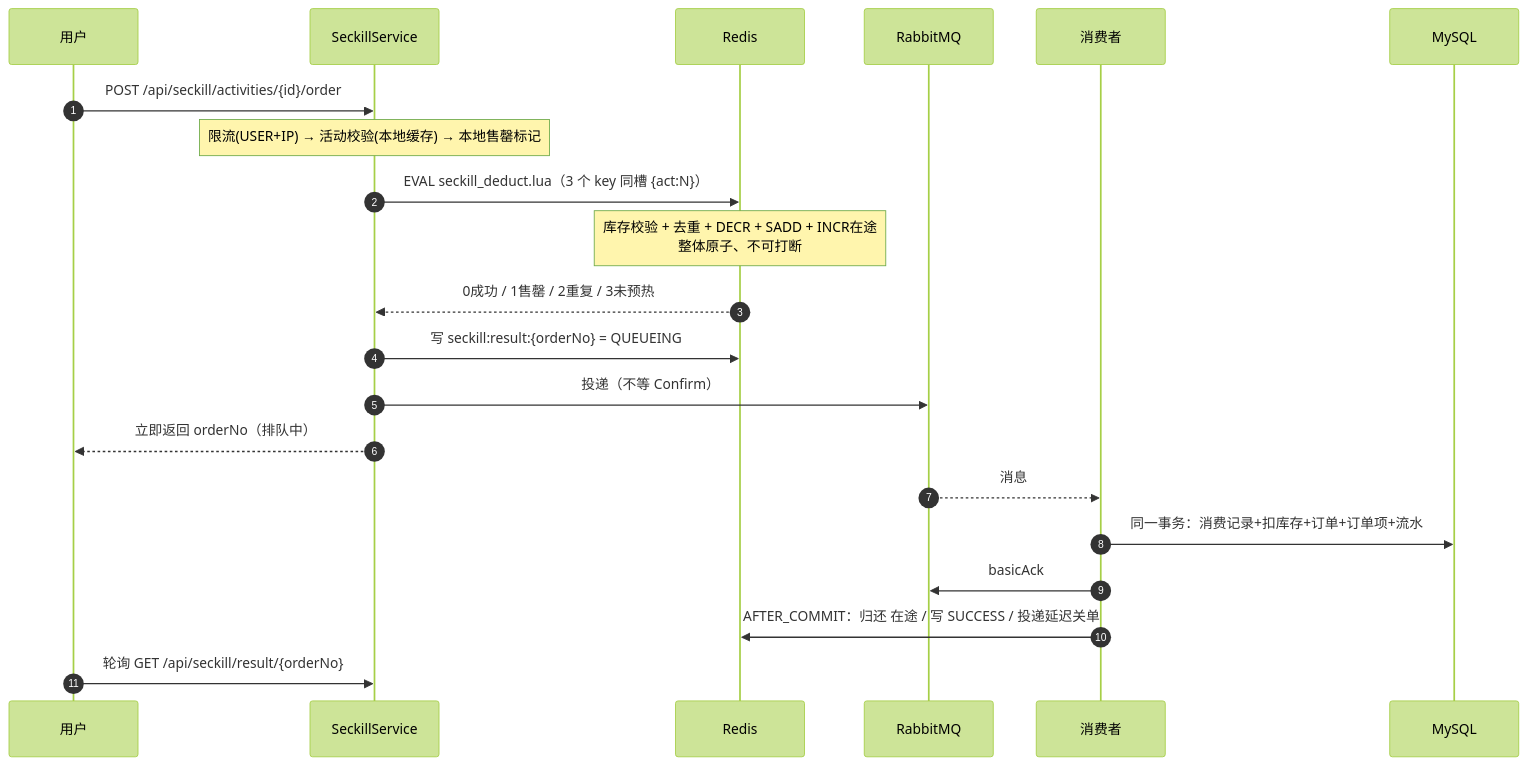
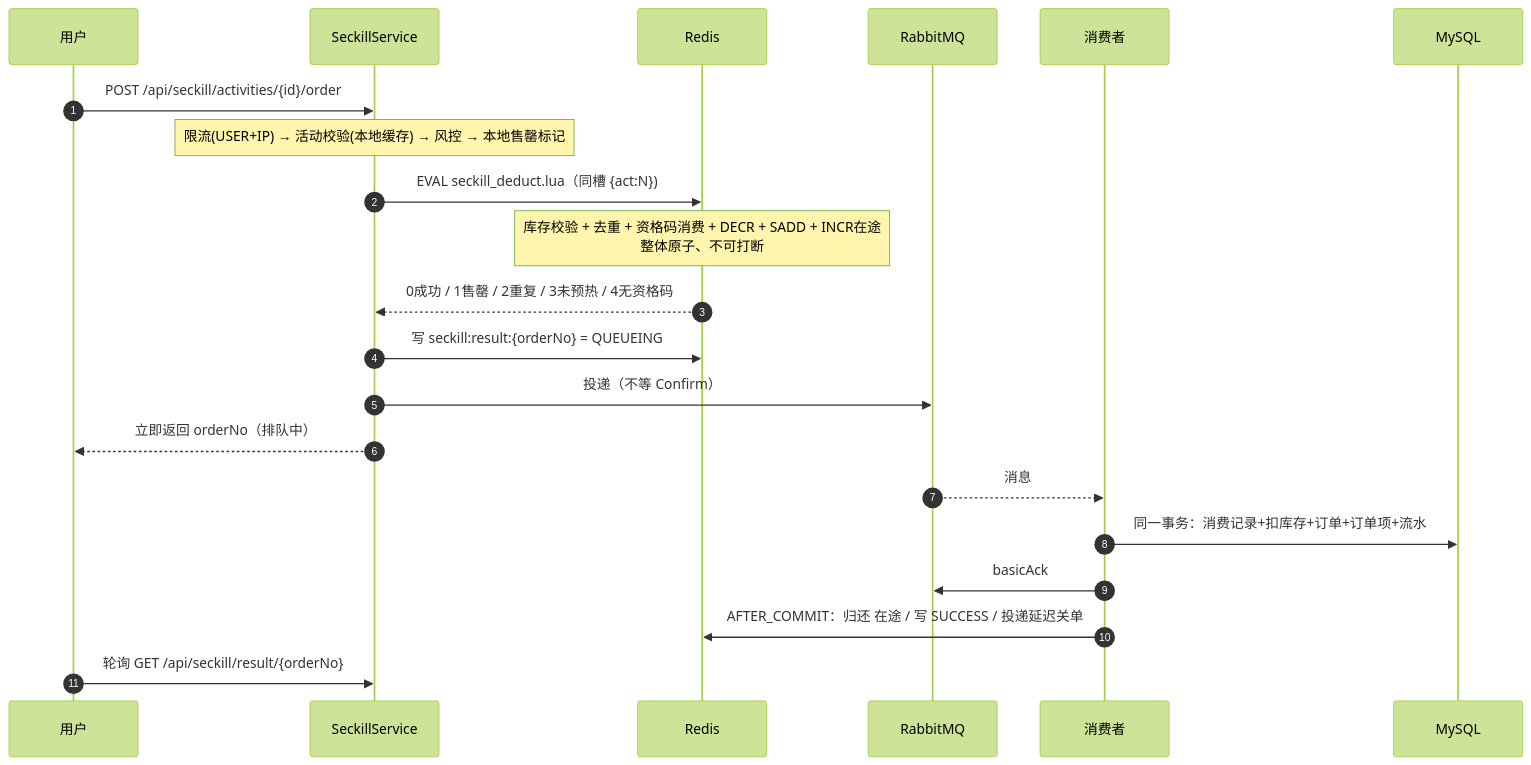
Before and after one commit to adfddda/high-concurrency-mall: the second of 2 diagrams in README.md, drawn with Mermaid (forest theme). The commit also changed other lines of this file and 1 other file, not shown here.

First line of the commit message:
docs: rewrite README and resume for the product+seckill scope

````diff
--- a/README.md
+++ b/README.md
@@ -96,25 +94,25 @@
 ```mermaid
 sequenceDiagram
     autonumber
     participant U as 用户
     participant S as SeckillService
     participant R as Redis
     participant MQ as RabbitMQ
     participant C as 消费者
     participant DB as MySQL
 
     U->>S: POST /api/seckill/activities/{id}/order
-    Note over S: 限流(USER+IP) → 活动校验(本地缓存) → 本地售罄标记
-    S->>R: EVAL seckill_deduct.lua（3 个 key 同槽 {act:N}）
-    Note over R: 库存校验 + 去重 + DECR + SADD + INCR在途<br/>整体原子、不可打断
-    R-->>S: 0成功 / 1售罄 / 2重复 / 3未预热
+    Note over S: 限流(USER+IP) → 活动校验(本地缓存) → 风控 → 本地售罄标记
+    S->>R: EVAL seckill_deduct.lua（同槽 {act:N})
+    Note over R: 库存校验 + 去重 + 资格码消费 + DECR + SADD + INCR在途<br/>整体原子、不可打断
+    R-->>S: 0成功 / 1售罄 / 2重复 / 3未预热 / 4无资格码
     S->>R: 写 seckill:result:{orderNo} = QUEUEING
     S->>MQ: 投递（不等 Confirm）
     S-->>U: 立即返回 orderNo（排队中）
 
     MQ-->>C: 消息
     C->>DB: 同一事务：消费记录+扣库存+订单+订单项+流水
     C->>MQ: basicAck
     C->>R: AFTER_COMMIT：归还 在途 / 写 SUCCESS / 投递延迟关单
     U->>S: 轮询 GET /api/seckill/result/{orderNo}
 ```
````
